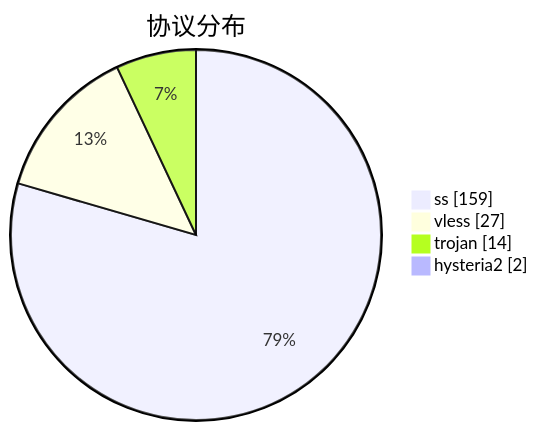
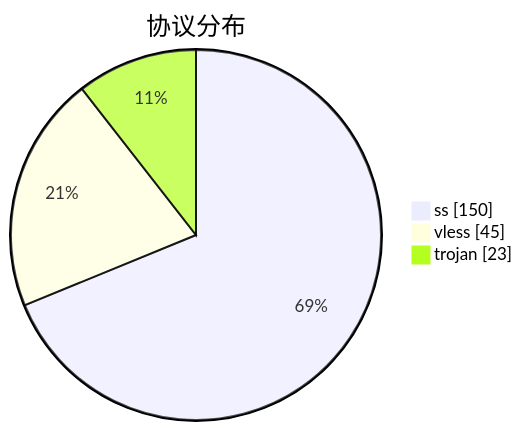
One commit to qjlxg/airport changed the third of 3 diagrams in subs/statistics/tested_within.md. Above: the diagram before and after it, drawn with Mermaid. The commit also changed other lines of this file and 2 other files, not shown here.

````diff
--- a/subs/statistics/tested_within.md
+++ b/subs/statistics/tested_within.md
@@ -28,8 +29,7 @@
 ```mermaid
 pie showData
 title 协议分布
-"ss" : 159
-"vless" : 27
-"trojan" : 14
-"hysteria2" : 2
+"ss" : 150
+"vless" : 45
+"trojan" : 23
 ```
````
